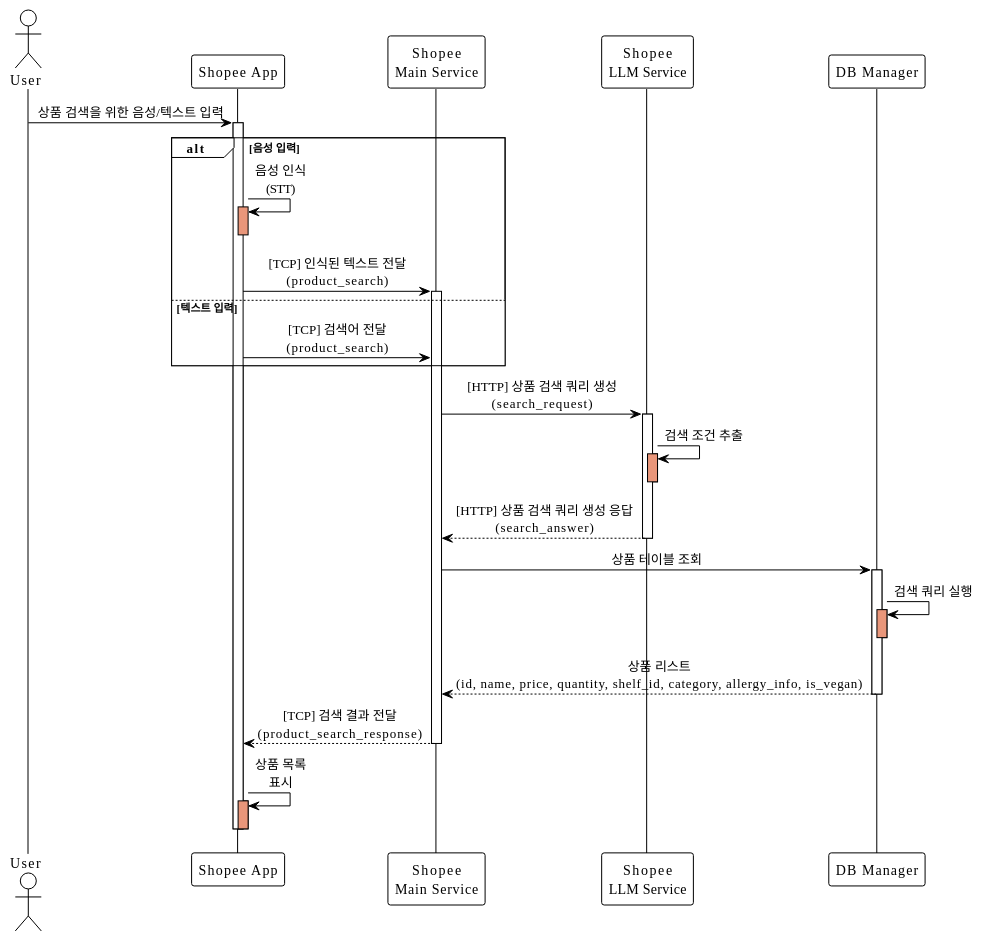
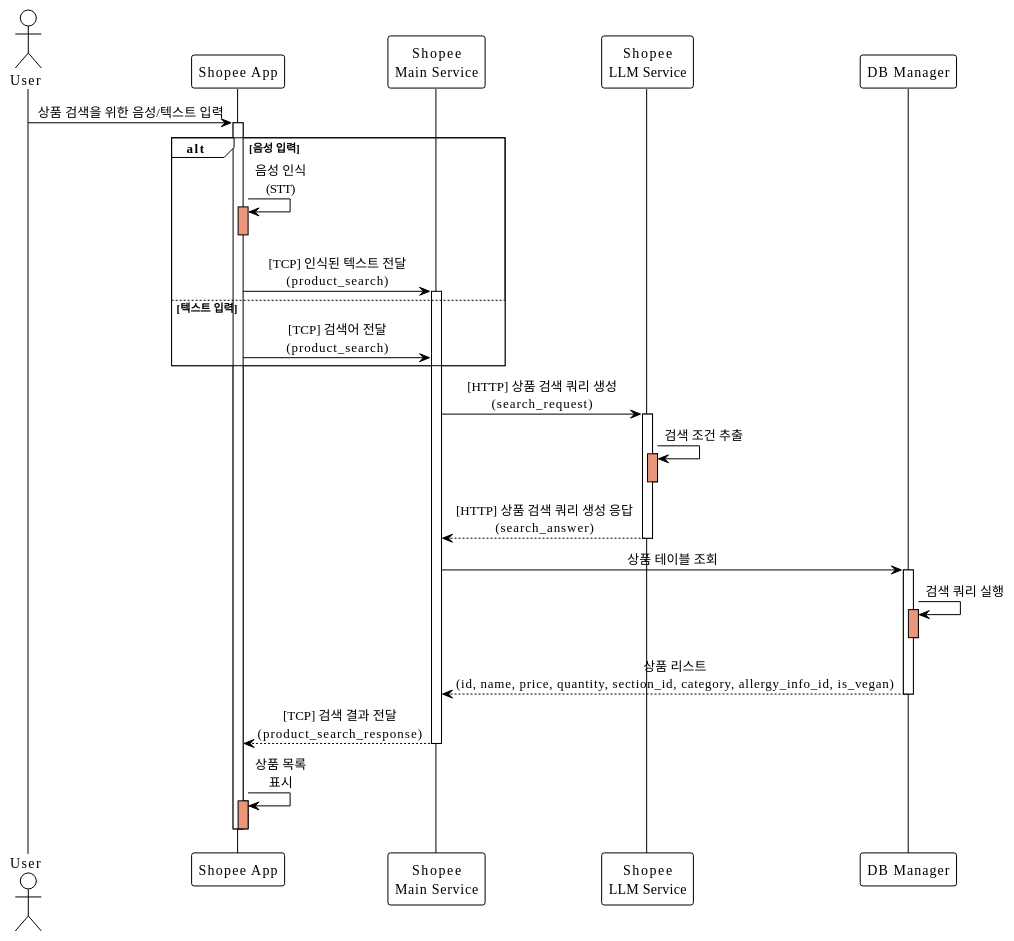
One commit to addinedu-roscamp-7th/roscamp-repo-1 changed the diagram in docs/SequenceDiagram/SC_01_2.md. Above: the diagram before and after it, drawn with PlantUML. The commit also changed 12 other files, not shown here.

```diff
--- a/docs/SequenceDiagram/SC_01_2.md
+++ b/docs/SequenceDiagram/SC_01_2.md
@@ -1,55 +1,55 @@
 @startuml SC_01_2
 !theme plain
 skinparam backgroundColor #FFFFFF
 skinparam sequenceMessageAlign center
 
 actor User as user
 participant "Shopee App" as app
 participant "Shopee\nMain Service" as main
 participant "Shopee\nLLM Service" as llm
 participant "DB Manager" as db
 
 user -> app: 상품 검색을 위한 음성/텍스트 입력
 activate app
 
 alt 음성 입력
     app -> app: 음성 인식\n(STT)
     activate app #DarkSalmon
     deactivate app
     
     app -> main: [TCP] 인식된 텍스트 전달\n(product_search)
     activate main
 else 텍스트 입력
     app -> main: [TCP] 검색어 전달\n(product_search)
 end
 
 main -> llm: [HTTP] 상품 검색 쿼리 생성\n(search_request)
 activate llm
 
 llm -> llm: 검색 조건 추출
 activate llm #DarkSalmon
 deactivate llm
 
 llm --> main: [HTTP] 상품 검색 쿼리 생성 응답\n(search_answer)
 deactivate llm
 
 main -> db: 상품 테이블 조회
 activate db
 
 db -> db: 검색 쿼리 실행
 activate db #DarkSalmon
 deactivate db
 
-db --> main: 상품 리스트\n(id, name, price, quantity, shelf_id, category, allergy_info, is_vegan)
+db --> main: 상품 리스트\n(id, name, price, quantity, section_id, category, allergy_info_id, is_vegan)
 deactivate db
 
 main --> app: [TCP] 검색 결과 전달\n(product_search_response)
 deactivate main
 
 app -> app: 상품 목록\n표시
 activate app #DarkSalmon
 deactivate app
 
 deactivate app
 
 @enduml
```
